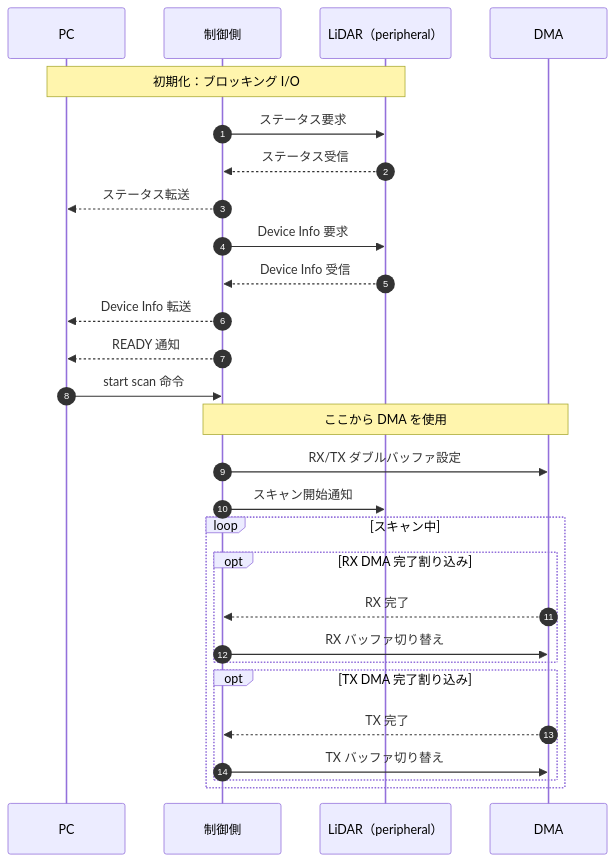
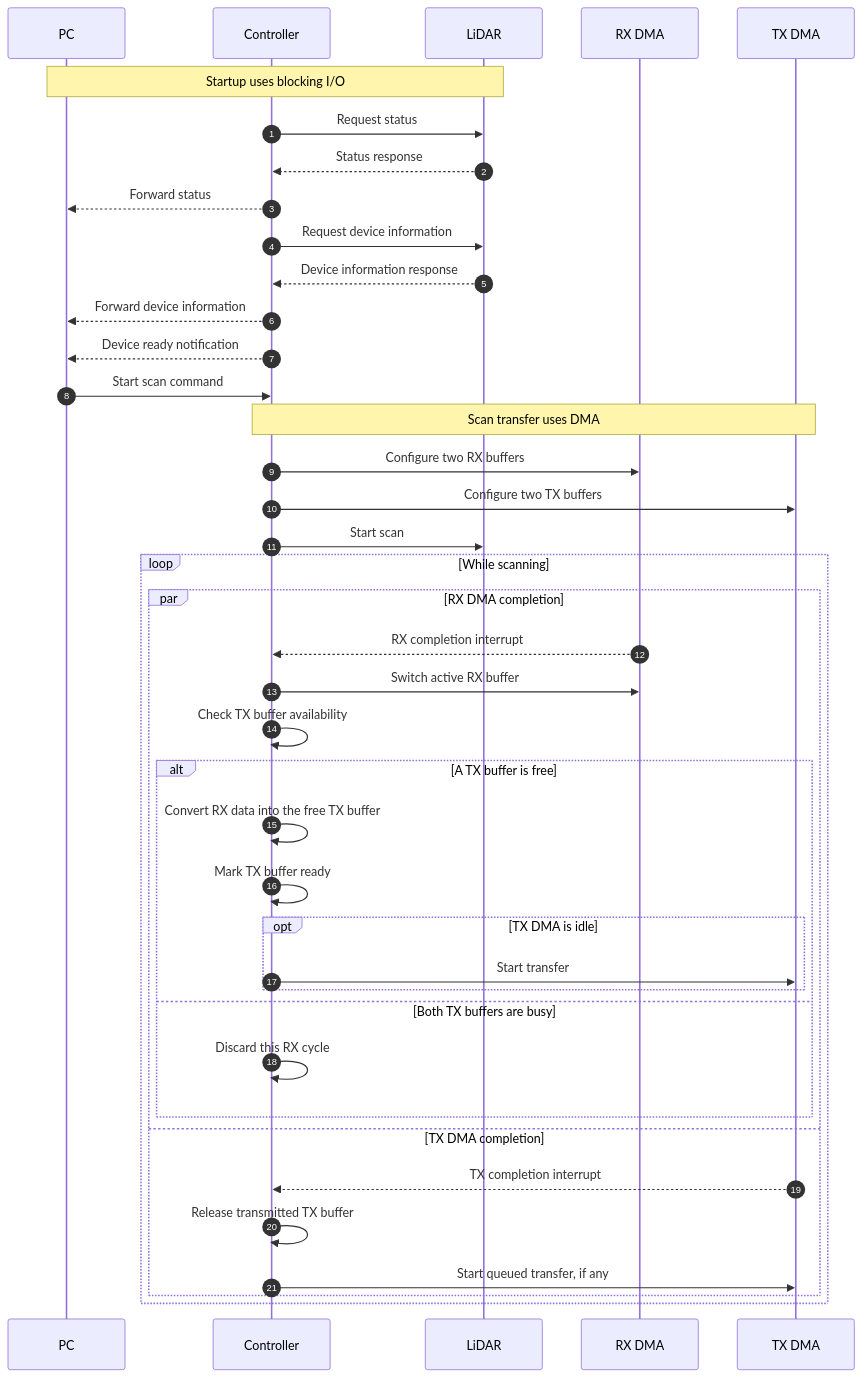
One commit to kei185/sensor-echo changed the first of 2 diagrams in docs/protocol.md. Above: the diagram before and after it, drawn with Mermaid. The commit also changed other lines of this file, not shown here.

Commit message:
[codex] docs: explain DMA buffer arbitration

````diff
--- a/docs/protocol.md
+++ b/docs/protocol.md
@@ -5,32 +9,44 @@
 ```mermaid
 sequenceDiagram
     autonumber
     participant PC
-    participant MCU as 制御側
-    participant LiDAR as LiDAR（peripheral）
-    participant DMA
+    participant Controller
+    participant LiDAR
+    participant RxDma as RX DMA
+    participant TxDma as TX DMA
 
-    Note over PC,LiDAR: 初期化：ブロッキング I/O
-    MCU->>LiDAR: ステータス要求
-    LiDAR-->>MCU: ステータス受信
-    MCU-->>PC: ステータス転送
-    MCU->>LiDAR: Device Info 要求
-    LiDAR-->>MCU: Device Info 受信
-    MCU-->>PC: Device Info 転送
-    MCU-->>PC: READY 通知
-    PC->>MCU: start scan 命令
+    Note over PC,LiDAR: Startup uses blocking I/O
+    Controller->>LiDAR: Request status
+    LiDAR-->>Controller: Status response
+    Controller-->>PC: Forward status
+    Controller->>LiDAR: Request device information
+    LiDAR-->>Controller: Device information response
+    Controller-->>PC: Forward device information
+    Controller-->>PC: Device ready notification
+    PC->>Controller: Start scan command
 
-    Note over MCU,DMA: ここから DMA を使用
-    MCU->>DMA: RX/TX ダブルバッファ設定
-    MCU->>LiDAR: スキャン開始通知
-    loop スキャン中
-        opt RX DMA 完了割り込み
-            DMA-->>MCU: RX 完了
-            MCU->>DMA: RX バッファ切り替え
-        end
-        opt TX DMA 完了割り込み
-            DMA-->>MCU: TX 完了
-            MCU->>DMA: TX バッファ切り替え
+    Note over Controller,TxDma: Scan transfer uses DMA
+    Controller->>RxDma: Configure two RX buffers
+    Controller->>TxDma: Configure two TX buffers
+    Controller->>LiDAR: Start scan
+    loop While scanning
+        par RX DMA completion
+            RxDma-->>Controller: RX completion interrupt
+            Controller->>RxDma: Switch active RX buffer
+            Controller->>Controller: Check TX buffer availability
+            alt A TX buffer is free
+                Controller->>Controller: Convert RX data into the free TX buffer
+                Controller->>Controller: Mark TX buffer ready
+                opt TX DMA is idle
+                    Controller->>TxDma: Start transfer
+                end
+            else Both TX buffers are busy
+                Controller->>Controller: Discard this RX cycle
+            end
+        and TX DMA completion
+            TxDma-->>Controller: TX completion interrupt
+            Controller->>Controller: Release transmitted TX buffer
+            Controller->>TxDma: Start queued transfer, if any
         end
     end
 ```
````
